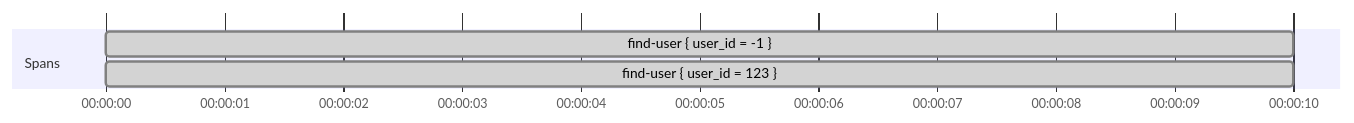
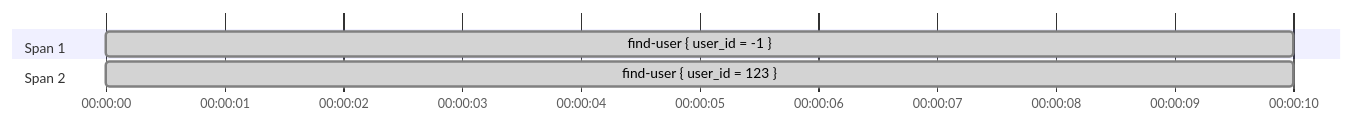
One commit to typelevel/otel4s-sdk changed the first of 6 diagrams in docs/instrumentation/tracing.md. Above: the diagram before and after it, drawn with Mermaid. The commit also changed other lines of this file, not shown here.

````diff
--- a/docs/instrumentation/tracing.md
+++ b/docs/instrumentation/tracing.md
@@ -139,9 +139,10 @@
 ```mermaid
 gantt
     dateFormat HH:mm:ss
     axisFormat %H:%M:%S
 
-    section Spans
-    find-user { user_id = -1 }     :done, a3, 00:00:00, 00:00:10
+    section Span 1
+    find-user { user_id = -1 }     :done, a1, 00:00:00, 00:00:10
+    section Span 2
     find-user { user_id = 123 }    :done, a2, 00:00:00, 00:00:10
 ```
````
